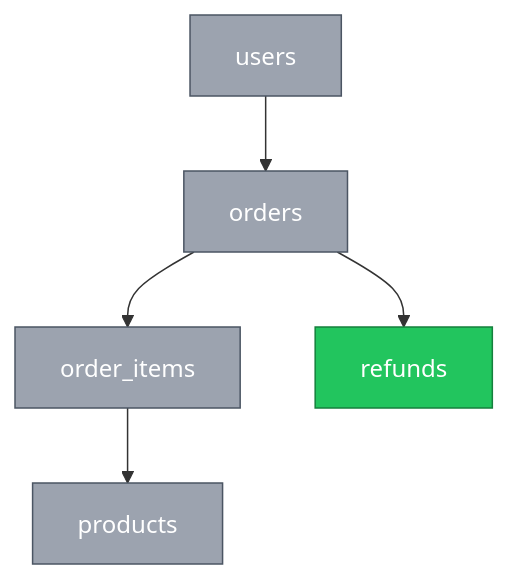
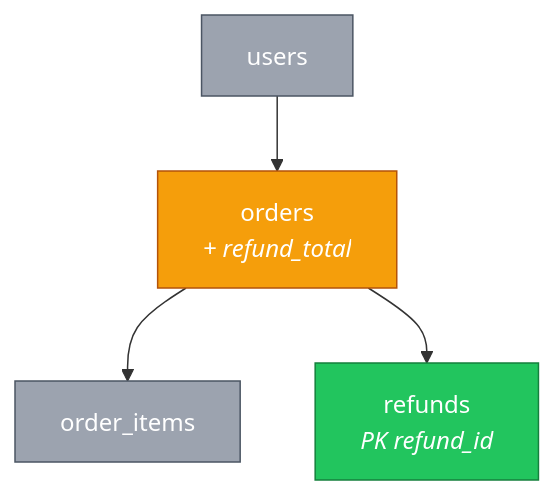
Before and after one commit to zachloertscher/claude-tools: the first of 3 diagrams in skills/mermaid-diagrams/SKILL.md, drawn with Mermaid. The commit also changed other lines of this file and 1 other file, not shown here.

First line of the commit message:
Add changed state, ERD example, restructure layers

````diff
--- a/skills/mermaid-diagrams/SKILL.md
+++ b/skills/mermaid-diagrams/SKILL.md
@@ -48,16 +54,15 @@
 ```mermaid
 flowchart TD
     classDef newNode fill:#22c55e,stroke:#15803d,color:#fff
+    classDef changedNode fill:#f59e0b,stroke:#b45309,color:#fff
     classDef existingNode fill:#9ca3af,stroke:#4b5563,color:#fff
 
     USERS["users"]:::existingNode
-    ORDERS["orders"]:::existingNode
+    ORDERS["orders<br/><i>+ refund_total</i>"]:::changedNode
     ORDER_ITEMS["order_items"]:::existingNode
-    PRODUCTS["products"]:::existingNode
-    REFUNDS["refunds"]:::newNode
+    REFUNDS["refunds<br/><i>PK refund_id</i>"]:::newNode
 
     USERS --> ORDERS
     ORDERS --> ORDER_ITEMS
-    ORDER_ITEMS --> PRODUCTS
     ORDERS --> REFUNDS
 ```
````
